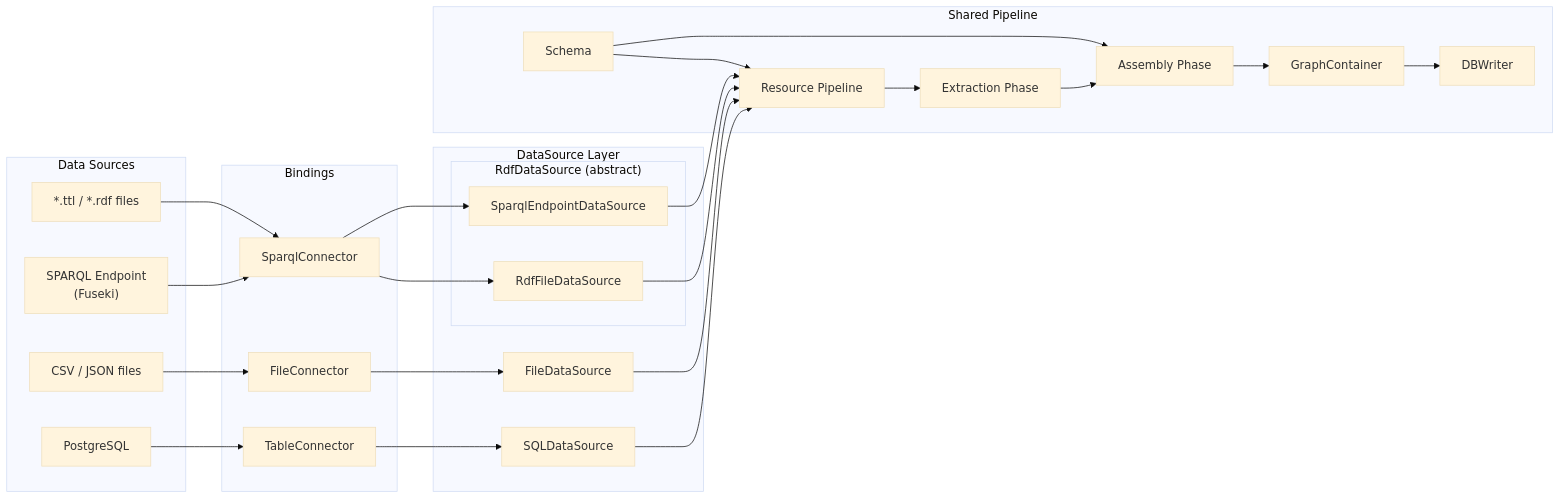
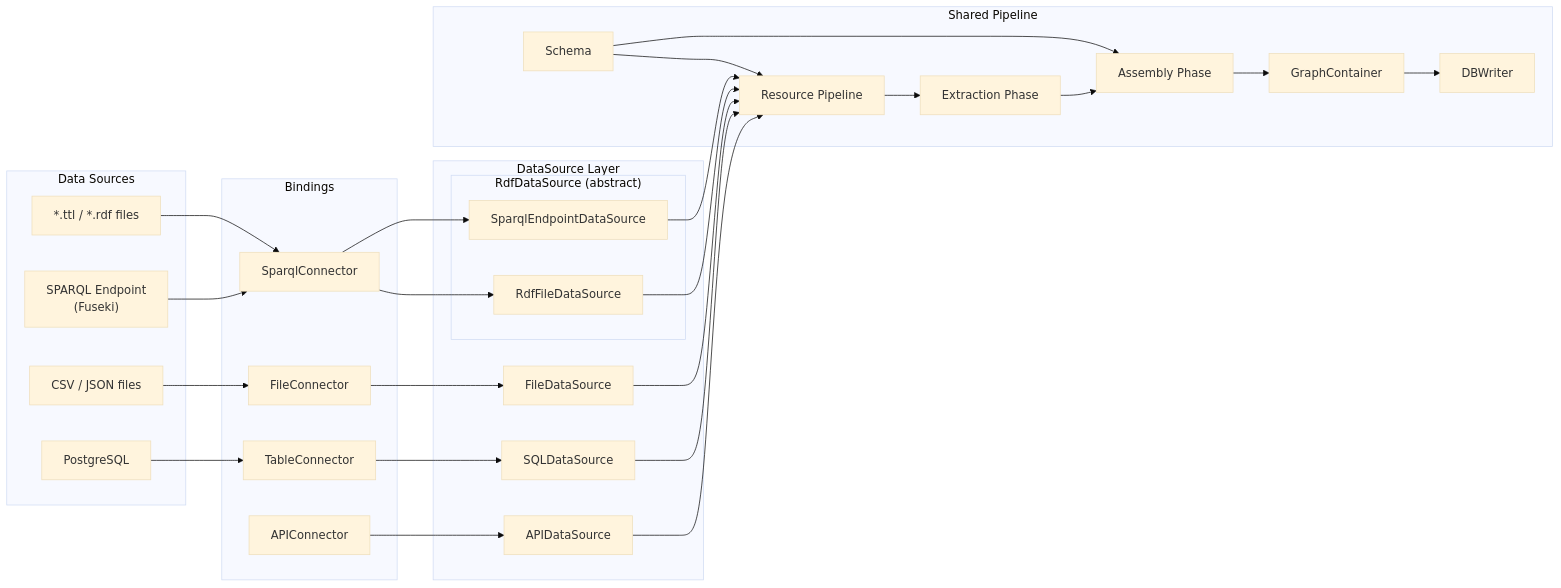
Before and after one commit to growgraph/graflo: the second of 2 diagrams in docs/concepts/index.md, drawn with Mermaid (base theme). The commit also changed other lines of this file and 28 other files, not shown here.

````diff
--- a/docs/concepts/index.md
+++ b/docs/concepts/index.md
@@ -58,38 +58,41 @@
 ```mermaid
 flowchart LR
     subgraph sources [Data Sources]
         TTL["*.ttl / *.rdf files"]
         Fuseki["SPARQL Endpoint<br/>(Fuseki)"]
         Files["CSV / JSON files"]
         PG["PostgreSQL"]
     end
     subgraph bindings [Bindings]
         FP[FileConnector]
         TP[TableConnector]
         SP[SparqlConnector]
+        AP[APIConnector]
     end
     subgraph datasources [DataSource Layer]
         subgraph rdfFamily ["RdfDataSource (abstract)"]
             RdfDS[RdfFileDataSource]
             SparqlDS[SparqlEndpointDataSource]
         end
         FileDS[FileDataSource]
         SQLDS[SQLDataSource]
+        ApiDS[APIDataSource]
     end
     subgraph pipeline [Shared Pipeline]
         Sch[Schema]
         Res[Resource Pipeline]
         Ex[Extraction Phase]
         Asm[Assembly Phase]
         GC[GraphContainer]
         DBW[DBWriter]
     end
 
     TTL --> SP --> RdfDS --> Res
     Fuseki --> SP --> SparqlDS --> Res
     Files --> FP --> FileDS --> Res
     PG --> TP --> SQLDS --> Res
+    AP --> ApiDS --> Res
     Sch --> Res
     Sch --> Asm
     Res --> Ex --> Asm --> GC --> DBW
 ```
````
